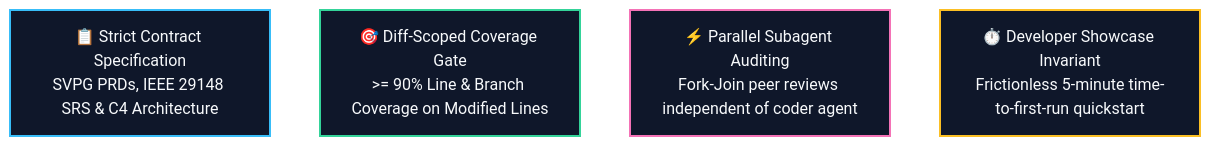
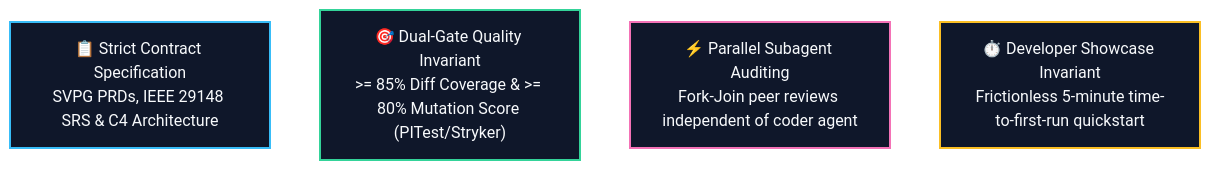
One commit to fmatar/sealit changed the second of 2 diagrams in wiki/Home.md. Above: the diagram before and after it, drawn with Mermaid. The commit also changed other lines of this file and 26 other files, not shown here.

Commit message:
feat: universal stack discovery engine, Uncle Bob test suite, and 100% traceability architecture

````diff
--- a/wiki/Home.md
+++ b/wiki/Home.md
@@ -63,12 +64,12 @@
 ```mermaid
 graph TD
     classDef c1 fill:#0F172A,stroke:#38BDF8,stroke-width:2px,color:#F8FAFC
     classDef c2 fill:#0F172A,stroke:#34D399,stroke-width:2px,color:#F8FAFC
     classDef c3 fill:#0F172A,stroke:#F472B6,stroke-width:2px,color:#F8FAFC
     classDef c4 fill:#0F172A,stroke:#FBBF24,stroke-width:2px,color:#F8FAFC
 
     I1["📋 Strict Contract Specification<br/>SVPG PRDs, IEEE 29148 SRS & C4 Architecture"]:::c1
-    I2["🎯 Diff-Scoped Coverage Gate<br/>>= 90% Line & Branch Coverage on Modified Lines"]:::c2
+    I2["🎯 Dual-Gate Quality Invariant<br/>>= 85% Diff Coverage & >= 80% Mutation Score (PITest/Stryker)"]:::c2
     I3["⚡ Parallel Subagent Auditing<br/>Fork-Join peer reviews independent of coder agent"]:::c3
     I4["⏱️ Developer Showcase Invariant<br/>Frictionless 5-minute time-to-first-run quickstart"]:::c4
 ```
````
